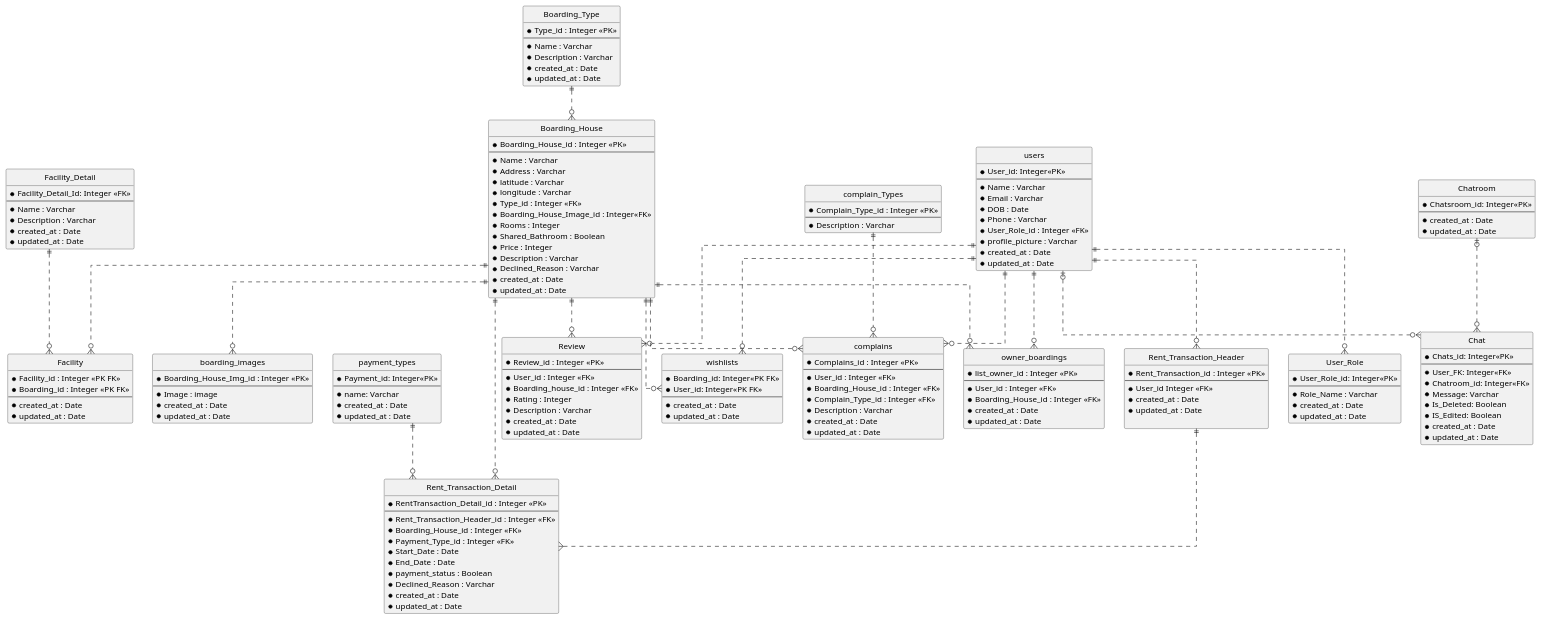
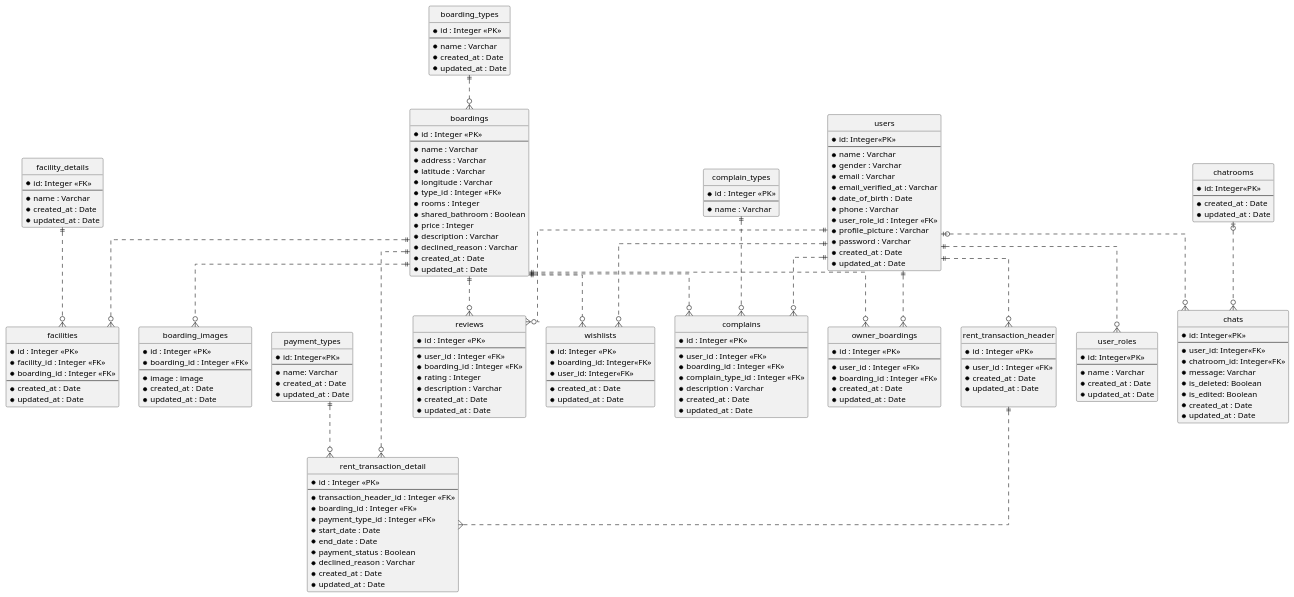
One commit to AntWort21/BHFMS changed the diagram in Design/BHFMS_ERD.puml. Above: the diagram before and after it, drawn with PlantUML. The commit also changed 5 other files, not shown here.

Commit message:
Updated ERD to be same as migration (Chat & Chatroom not included)

```diff
--- a/Design/BHFMS_ERD.puml
+++ b/Design/BHFMS_ERD.puml
@@ -6,168 +6,174 @@
 skinparam linetype ortho
 
 entity "users" as usr {
-  *User_id: Integer<<PK>>
+  *id: Integer<<PK>>
   --
-  *Name : Varchar
-  *Email : Varchar
-  *DOB : Date
-  *Phone : Varchar
-  *User_Role_id : Integer <<FK>>
+  *name : Varchar
+  *gender : Varchar
+  *email : Varchar
+  *email_verified_at : Varchar
+  *date_of_birth : Date
+  *phone : Varchar
+  *user_role_id : Integer <<FK>>
   *profile_picture : Varchar
+  *password : Varchar
   *created_at : Date
   *updated_at : Date
 }
 
-entity "User_Role" as usrl {
-  *User_Role_id: Integer<<PK>>
+entity "user_roles" as usrl {
+  *id: Integer<<PK>>
   --
-  *Role_Name : Varchar
+  *name : Varchar
   *created_at : Date
   *updated_at : Date
 }
 
-entity "Boarding_Type" as bht {
-  *Type_id : Integer <<PK>>
+entity "boarding_types" as bht {
+  *id : Integer <<PK>>
   --
-  *Name : Varchar
-  *Description : Varchar
+  *name : Varchar
   *created_at : Date
   *updated_at : Date
 }
 
-entity "Boarding_House" as bh {
-  *Boarding_House_id : Integer <<PK>>
+entity "boardings" as bh {
+  *id : Integer <<PK>>
   --
-  *Name : Varchar
-  *Address : Varchar
+  *name : Varchar
+  *address : Varchar
   *latitude : Varchar
   *longitude : Varchar
-  *Type_id : Integer <<FK>>
-  *Boarding_House_Image_id : Integer<<FK>>
-  *Rooms : Integer
-  *Shared_Bathroom : Boolean
-  *Price : Integer
-  *Description : Varchar
-  *Declined_Reason : Varchar
+  *type_id : Integer <<FK>>
+  *rooms : Integer
+  *shared_bathroom : Boolean
+  *price : Integer
+  *description : Varchar
+  *declined_reason : Varchar
   *created_at : Date
   *updated_at : Date
 }
 
-entity "Facility_Detail" as fd {
-  *Facility_Detail_Id: Integer <<FK>>
+entity "facility_details" as fd {
+  *id: Integer <<FK>>
   --
-  *Name : Varchar
-  *Description : Varchar
+  *name : Varchar
   *created_at : Date
   *updated_at : Date
 }
 
-entity "Facility" as f {
-  *Facility_id : Integer <<PK FK>>
-  *Boarding_id : Integer <<PK FK>>
+' Composite key
+entity "facilities" as f {
+  *id : Integer <<PK>>
+  *facility_id : Integer <<FK>>
+  *boarding_id : Integer <<FK>>
   --
   *created_at : Date
   *updated_at : Date
 }
 
 entity "boarding_images" as bhi {
-  *Boarding_House_Img_id : Integer <<PK>>
+  *id : Integer <<PK>>
+  *boarding_id : Integer <<FK>>
   --
-  *Image : image
+  *image : image
   *created_at : Date
   *updated_at : Date
 }
 
-entity "Rent_Transaction_Header" as rt {
-  *Rent_Transaction_id : Integer <<PK>>
+entity "rent_transaction_header" as rt {
+  *id : Integer <<PK>>
   --
-  *User_id Integer <<FK>>
+  *user_id : Integer <<FK>>
   *created_at : Date
   *updated_at : Date
   
 }
 
-entity "Rent_Transaction_Detail" as rtd {
-  *RentTransaction_Detail_id : Integer <<PK>>
+entity "rent_transaction_detail" as rtd {
+  *id : Integer <<PK>>
   --
-  *Rent_Transaction_Header_id : Integer <<FK>> 
-  *Boarding_House_id : Integer <<FK>>
-  *Payment_Type_id : Integer <<FK>>
-  *Start_Date : Date
-  *End_Date : Date
+  *transaction_header_id : Integer <<FK>> 
+  *boarding_id : Integer <<FK>>
+  *payment_type_id : Integer <<FK>>
+  *start_date : Date
+  *end_date : Date
   *payment_status : Boolean
-  *Declined_Reason : Varchar
+  *declined_reason : Varchar
   *created_at : Date
   *updated_at : Date
 }
 
+
 entity "owner_boardings" as lobh {
-  *list_owner_id : Integer <<PK>>
+  *id : Integer <<PK>>
   --
-  *User_id : Integer <<FK>>
-  *Boarding_House_id : Integer <<FK>>
+  *user_id : Integer <<FK>>
+  *boarding_id : Integer <<FK>>
   *created_at : Date
   *updated_at : Date
 }
 
-entity "Review" as rvw {
-  *Review_id : Integer <<PK>>
+entity "reviews" as rvw {
+  *id : Integer <<PK>>
   --
-  *User_id : Integer <<FK>>
-  *Boarding_house_id : Integer <<FK>>
-  *Rating : Integer
-  *Description : Varchar
+  *user_id : Integer <<FK>>
+  *boarding_id : Integer <<FK>>
+  *rating : Integer
+  *description : Varchar
   *created_at : Date
   *updated_at : Date
 }
 
 entity "complains" as cmpln {
-  *Complains_id : Integer <<PK>>
+  *id : Integer <<PK>>
   --
-  *User_id : Integer <<FK>>
-  *Boarding_House_id : Integer <<FK>>
-  *Complain_Type_id : Integer <<FK>>
-  *Description : Varchar
+  *user_id : Integer <<FK>>
+  *boarding_id : Integer <<FK>>
+  *complain_type_id : Integer <<FK>>
+  *description : Varchar
   *created_at : Date
   *updated_at : Date
 }
 
-entity "complain_Types" as cmplnt {
-  *Complain_Type_id : Integer <<PK>>
+entity "complain_types" as cmplnt {
+  *id : Integer <<PK>>
   --
-  *Description : Varchar
+  *name : Varchar
 }
 
-entity "wishlists" as fr { 
-  *Boarding_id: Integer<<PK FK>>
-  *User_id: Integer<<PK FK>>
+' Composite key
+entity "wishlists" as fr {
+  *id: Integer <<PK>>
+  *boarding_id: Integer<<FK>>
+  *user_id: Integer<<FK>>
   --
   *created_at : Date
   *updated_at : Date
 }
 
 entity "payment_types" as pymnt {
-  *Payment_id: Integer<<PK>>
+  *id: Integer<<PK>>
   --
   *name: Varchar
   *created_at : Date
   *updated_at : Date
 }
 
-entity "Chat" as cht {
-  *Chats_id: Integer<<PK>>
+entity "chats" as cht {
+  *id: Integer<<PK>>
   --
-  *User_FK: Integer<<FK>>
-  *Chatroom_id: Integer<<FK>>
-  *Message: Varchar
-  *Is_Deleted: Boolean
-  *IS_Edited: Boolean
+  *user_id: Integer<<FK>>
+  *chatroom_id: Integer<<FK>>
+  *message: Varchar
+  *is_deleted: Boolean
+  *is_edited: Boolean
   *created_at : Date
   *updated_at : Date
 }
 
-entity "Chatroom" as chtrm {
-  *Chatsroom_id: Integer<<PK>>
+entity "chatrooms" as chtrm {
+  *id: Integer<<PK>>
   --
   *created_at : Date
   *updated_at : Date
```
